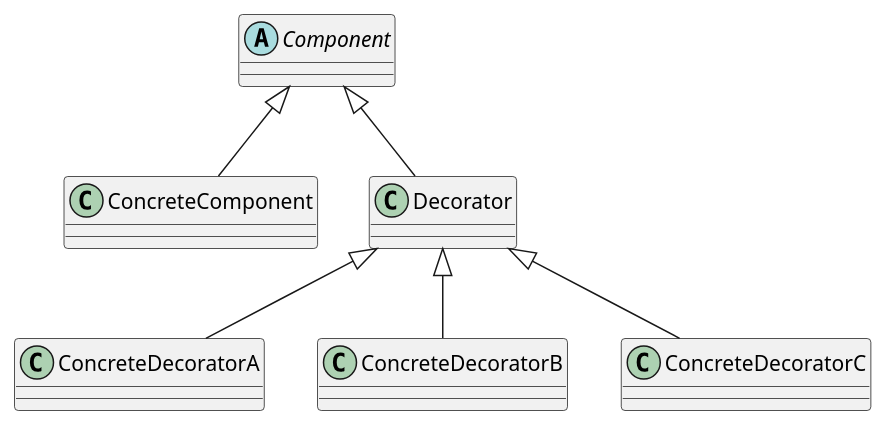
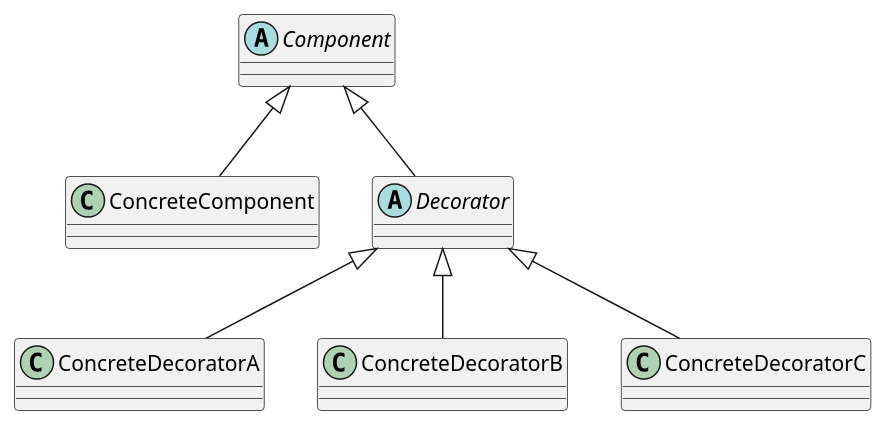
The diagram in screenshot/uml/design_pattern_decorator.puml (TeachCourse/BlogSource), drawn with PlantUML before and after one commit. The commit also changed 3 other files, not shown here.

```diff
--- a/screenshot/uml/design_pattern_decorator.puml
+++ b/screenshot/uml/design_pattern_decorator.puml
@@ -1,23 +1,24 @@
 @startuml
 
 abstract Component
 
 class ConcreteComponent{
 
 }
 
-class Decorator{
+abstract Decorator{
 
 }
 
 class ConcreteDecoratorA
 class ConcreteDecoratorB
 class ConcreteDecoratorC
 
 Component <|-- ConcreteComponent
 Component <|-- Decorator
 Decorator <|-- ConcreteDecoratorA
 Decorator <|-- ConcreteDecoratorB
 Decorator <|-- ConcreteDecoratorC
 
+
 @enduml
```
